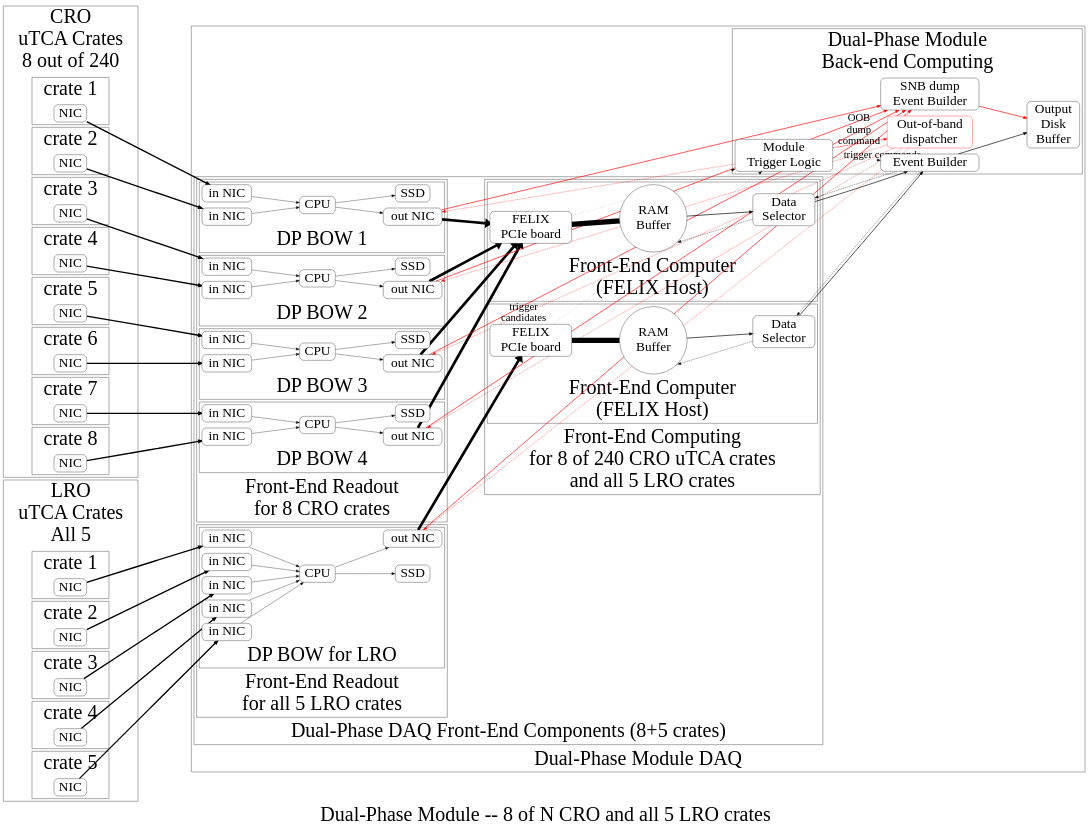
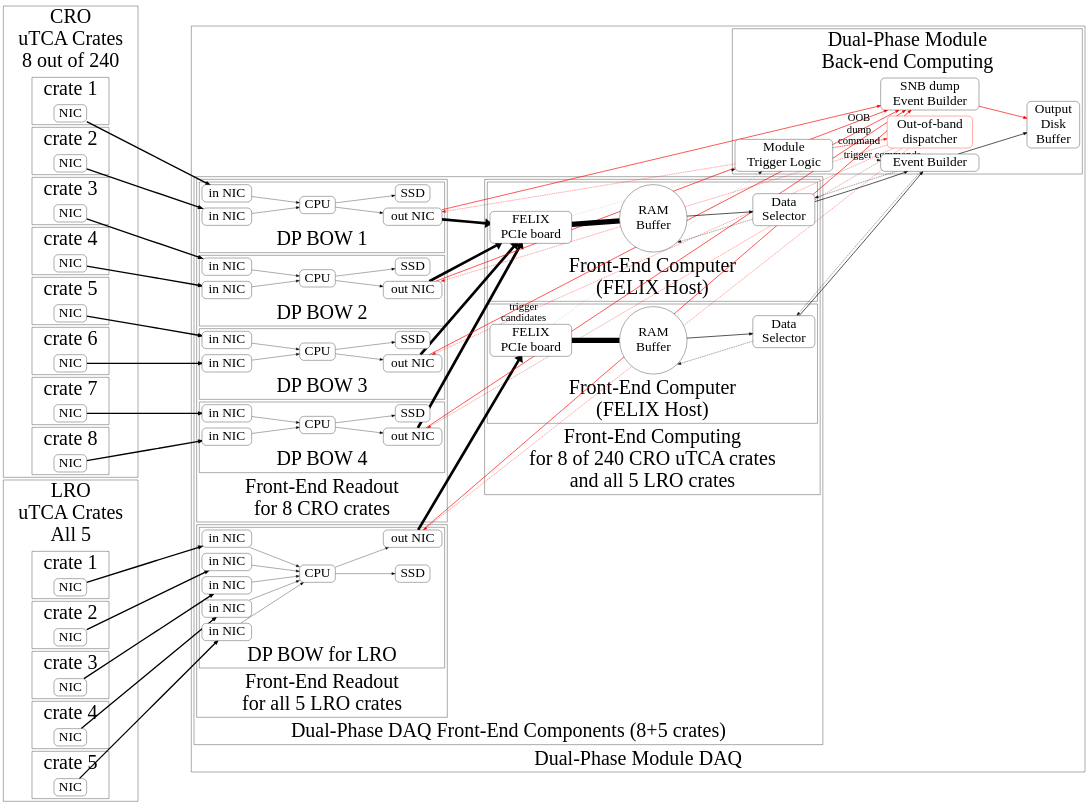
The diagram in far-detector-dual-phase/figures/daq-readout-buffering-baseline.dot (DUNE/Technical-Proposal), drawn with Graphviz before and after one commit. The commit also changed 3 other files, not shown here.

Commit message:
Remove graph labels.

```diff
--- a/far-detector-dual-phase/figures/daq-readout-buffering-baseline.dot
+++ b/far-detector-dual-phase/figures/daq-readout-buffering-baseline.dot
@@ -1,7 +1,7 @@
 digraph top {
         graph[compound=true,ordering=out,outputorder=edgesfirst,splines=false,layout=dot,rankdir=LR,fontsize=60,ranksep=2];
         node[shape=box,style="rounded,filled",fillcolor=white,fontsize=40];
-        label="Dual-Phase Module -- 8 of N CRO and all 5 LRO crates";
+        //label="Dual-Phase Module -- 8 of N CRO and all 5 LRO crates";
         edge[fontsize=32];
         
         subgraph cluster_cros {
```
